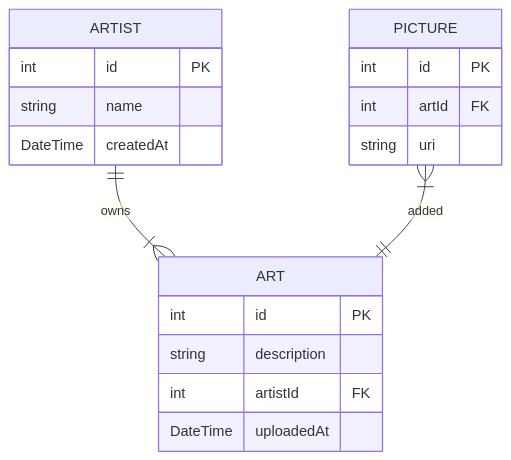
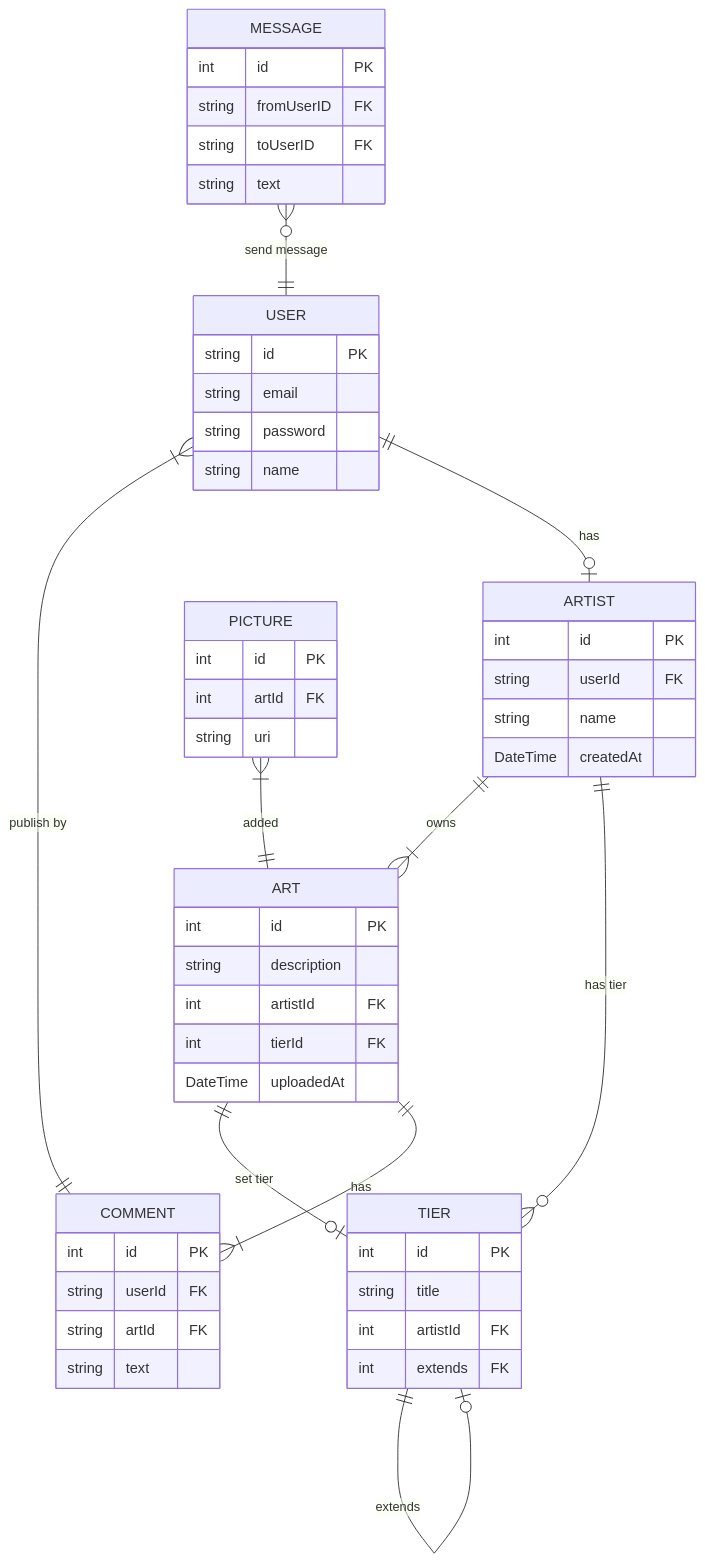
The diagram in README.md (Laefye/neospiartion), drawn with Mermaid before and after one commit. The commit also changed other lines of this file and 1 other file, not shown here.

Commit message:
update er diagram

````diff
--- a/README.md
+++ b/README.md
@@ -50,21 +50,54 @@
 ```mermaid
 erDiagram
+    USER {
+        string id PK
+        string email
+        string password
+        string name
+    }
     ARTIST ||--|{ ART : "owns"
     ARTIST {
         int id PK
+        string userId FK
         string name
         DateTime createdAt
+    }
+    TIER {
+        int id PK
+        string title
+        int artistId FK
+        int extends FK
+    }
+    MESSAGE {
+        int id PK
+        string fromUserID FK
+        string toUserID FK
+        string text
+    }
+    COMMENT {
+        int id PK
+        string userId FK
+        string artId FK
+        string text
     }
     ART {
         int id PK
         string description
         int artistId FK
+        int tierId FK
         DateTime uploadedAt
     }
     PICTURE }|--|| ART : added
     PICTURE {
         int id PK
         int artId FK
         string uri
     }
+    ART ||--o| TIER : "set tier"
+    ARTIST ||--o{ TIER : "has tier"
+    MESSAGE }o--|| USER : "send message"
+    USER }|--|| COMMENT : "publish by"
+    ART ||--|{ COMMENT : "has"
+    USER ||--o| ARTIST : "has"
+    TIER ||--o| TIER : "extends"
 ```
````
